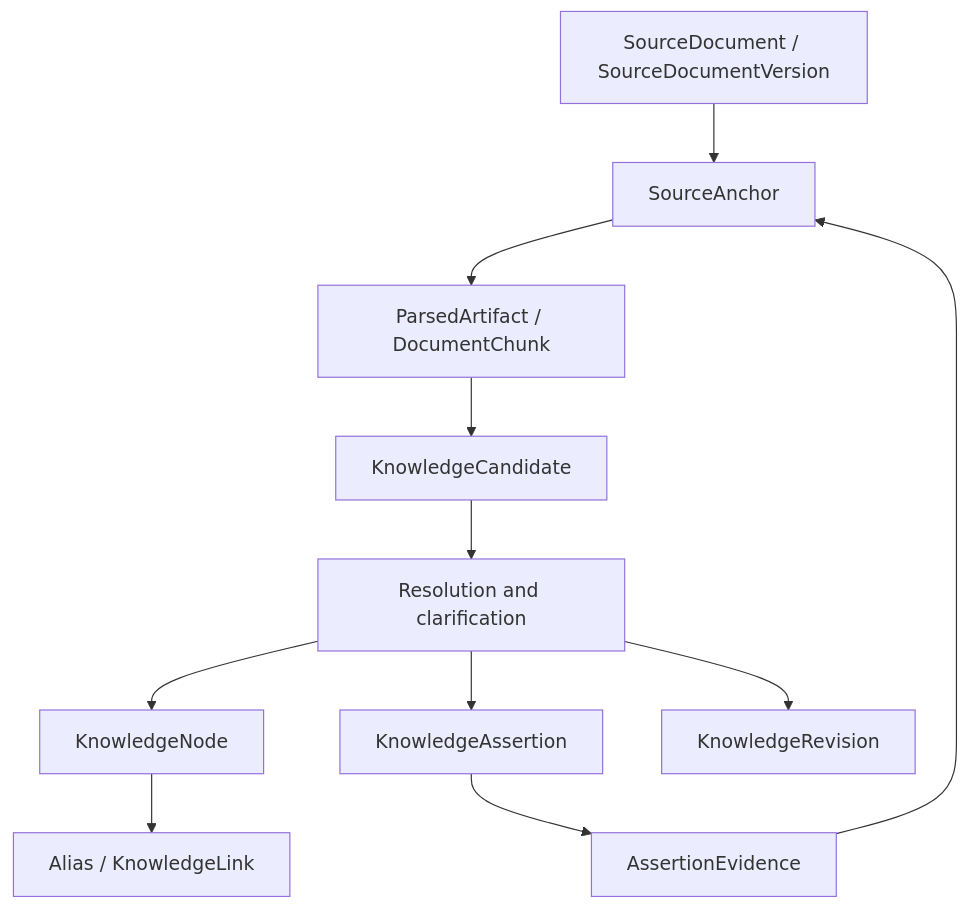
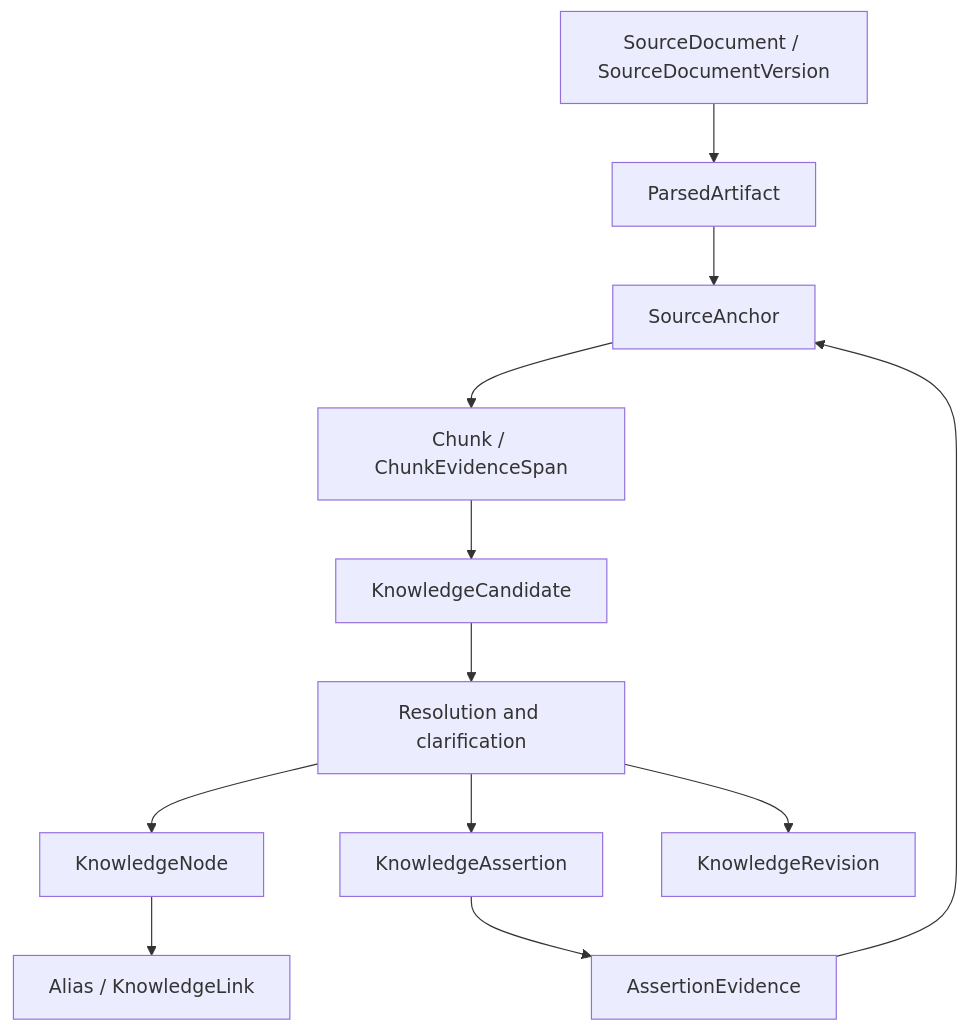
Before and after one commit to mikara89/loregrove: the first of 2 diagrams in docs/02_DOMAIN_TRUST.md, drawn with Mermaid. The commit also changed 49 other files, not shown here.

````diff
--- a/docs/02_DOMAIN_TRUST.md
+++ b/docs/02_DOMAIN_TRUST.md
@@ -5,13 +5,14 @@
 ```mermaid
 flowchart TB
-    S[SourceDocument / SourceDocumentVersion] --> A[SourceAnchor]
-    A --> P[ParsedArtifact / DocumentChunk]
-    P --> C[KnowledgeCandidate]
+    S[SourceDocument / SourceDocumentVersion] --> P[ParsedArtifact]
+    P --> A[SourceAnchor]
+    A --> CH[Chunk / ChunkEvidenceSpan]
+    CH --> C[KnowledgeCandidate]
     C --> RES[Resolution and clarification]
     RES --> N[KnowledgeNode]
     RES --> AS[KnowledgeAssertion]
     AS --> AE[AssertionEvidence]
     AE --> A
     N --> L[Alias / KnowledgeLink]
     RES --> REV[KnowledgeRevision]
 ```
````
